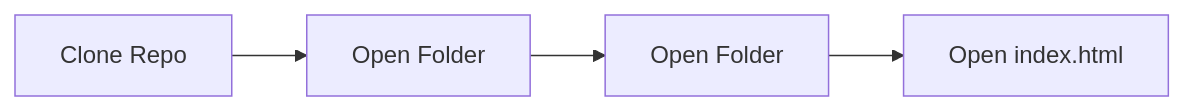
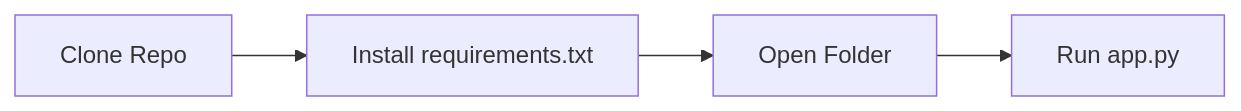
The diagram in README.md (ADITYAVOFFICIAL/Allocer), drawn with Mermaid before and after one commit.

````diff
--- a/README.md
+++ b/README.md
@@ -115,9 +115,9 @@
 ```mermaid
 flowchart LR
 A(Round)
 A[Clone Repo] --> B(Round)
 C(Round)
-B[Open Folder] --> C[Install requirements.txt]
+B[Install requirements.txt] --> C[Install requirements.txt]
 D(Round)
-C[Open Folder] --> D[Open index.html]
+C[Open Folder] --> D[Run app.py]
 ```
````
